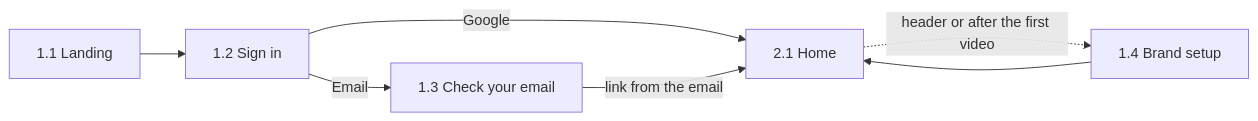
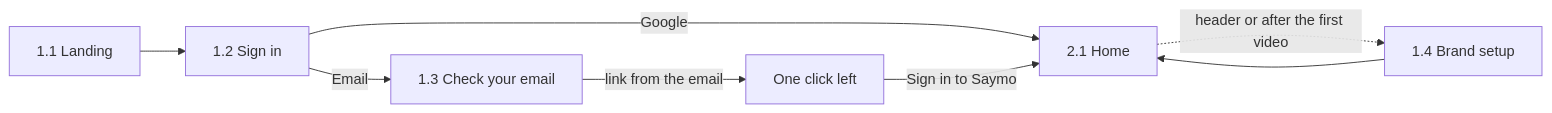
One commit to Ramil3107/saymo changed the second of 3 diagrams in docs/product/03-user-flows.md. Above: the diagram before and after it, drawn with Mermaid. The commit also changed other lines of this file and 4 other files, not shown here.

Commit message:
docs: the link page in every flow, and what it changes in the foundation decision

````diff
--- a/docs/product/03-user-flows.md
+++ b/docs/product/03-user-flows.md
@@ -31,7 +31,7 @@
 ```mermaid
 flowchart LR
   L[1.1 Landing] --> S[1.2 Sign in]
   S -->|Google| H[2.1 Home]
-  S -->|Email| E[1.3 Check your email] -->|link from the email| H
+  S -->|Email| E[1.3 Check your email] -->|link from the email| O[One click left] -->|Sign in to Saymo| H
   H -.->|header or after the first video| B[1.4 Brand setup] --> H
 ```
````
